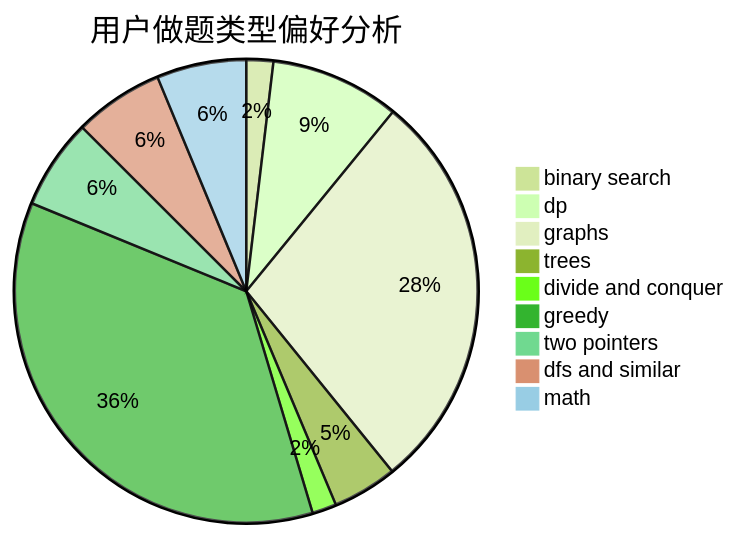
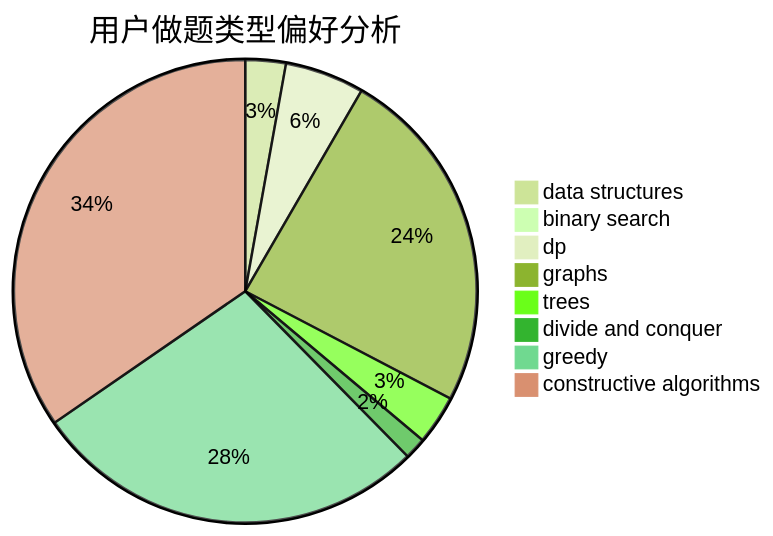
Before and after one commit to sherpahu/cfrs.github.io: the second of 3 diagrams in docs/user/u1764.md, drawn with Mermaid (forest theme). The commit also changed other lines of this file and 2775 other files, not shown here.

````diff
--- a/docs/user/u1764.md
+++ b/docs/user/u1764.md
@@ -23,12 +23,11 @@
 ```mermaid
 pie title 用户做题类型偏好分析
-    "binary search" :  40
-    "dp" :  192
-    "graphs" :  601
-    "trees" :  96
-    "divide and conquer" :  36
-    "greedy" :  762
-    "two pointers" :  134
-    "dfs and similar" :  133
-    "math" :  133
+    "data structures" :  54
+    "binary search" :  9
+    "dp" :  106
+    "graphs" :  465
+    "trees" :  66
+    "divide and conquer" :  29
+    "greedy" :  531
+    "constructive algorithms" :  662
 ```
````
